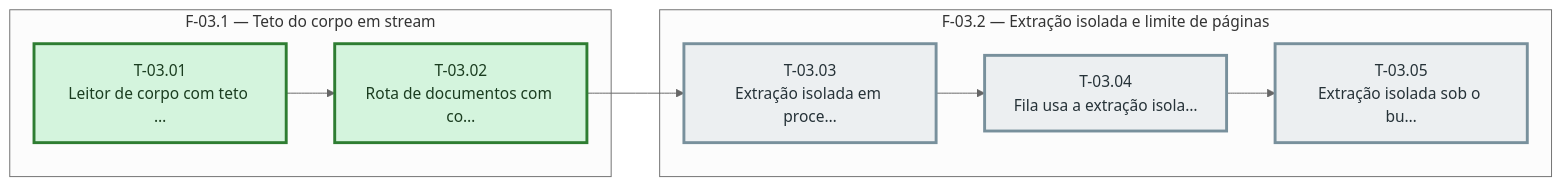
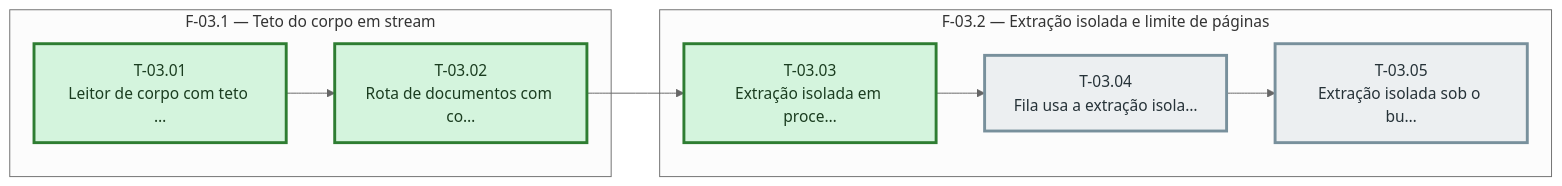
One commit to bittencourtthulio/converse-chatbot changed the diagram in docs/robustez-de-midia-e-operacao/sprint-03/fases.md. Above: the diagram before and after it, drawn with Mermaid (neutral theme). The commit also changed 6 other files, not shown here.

````diff
--- a/docs/robustez-de-midia-e-operacao/sprint-03/fases.md
+++ b/docs/robustez-de-midia-e-operacao/sprint-03/fases.md
@@ -31,28 +31,29 @@
 ```mermaid
 %% Grafo de tasks — sprint-03 — gerado pela sprintx a partir de tasks.md
 flowchart LR
   subgraph fase_03_1["F-03.1 — Teto do corpo em stream"]
     T_03_01["T-03.01<br/>Leitor de corpo com teto …"]
     T_03_02["T-03.02<br/>Rota de documentos com co…"]
   end
   subgraph fase_03_2["F-03.2 — Extração isolada e limite de páginas"]
     T_03_03["T-03.03<br/>Extração isolada em proce…"]
     T_03_04["T-03.04<br/>Fila usa a extração isola…"]
     T_03_05["T-03.05<br/>Extração isolada sob o bu…"]
   end
   T_03_01 --> T_03_02
   T_03_02 --> T_03_03
   T_03_03 --> T_03_04
   T_03_04 --> T_03_05
 
   classDef concluida fill:#d4f4dd,stroke:#2e7d32,color:#1b3d20
   classDef andamento fill:#fff3cd,stroke:#b8860b,color:#4a3800
   classDef bloqueada fill:#f8d7da,stroke:#c62828,color:#4a1d1f
   classDef pendente  fill:#eceff1,stroke:#78909c,color:#263238
   classDef critico   stroke-width:3px
 
-  class T_03_03,T_03_04,T_03_05 pendente
+  class T_03_04,T_03_05 pendente
   class T_03_01 concluida
   class T_03_02 concluida
+  class T_03_03 concluida
   class T_03_01,T_03_02,T_03_03,T_03_04,T_03_05 critico
 ```
````
